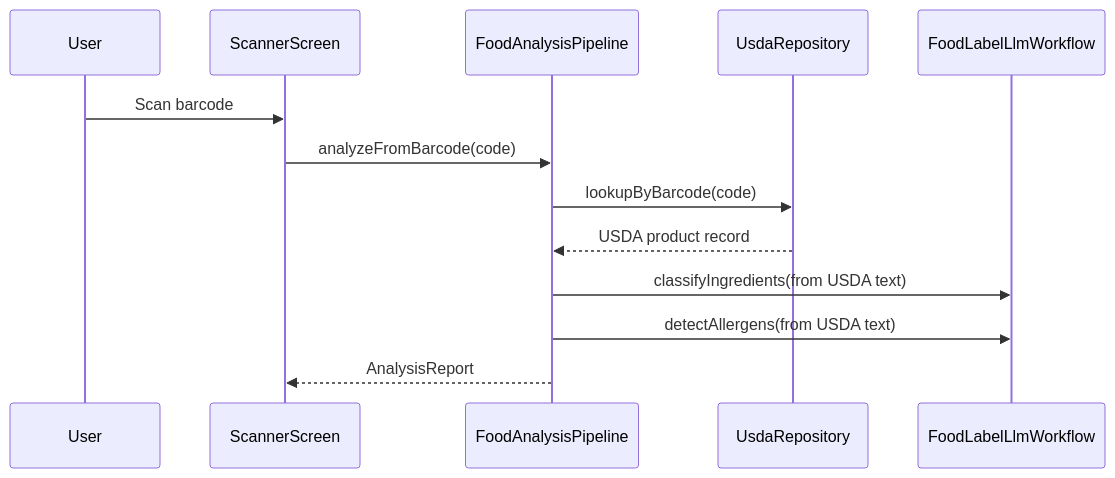
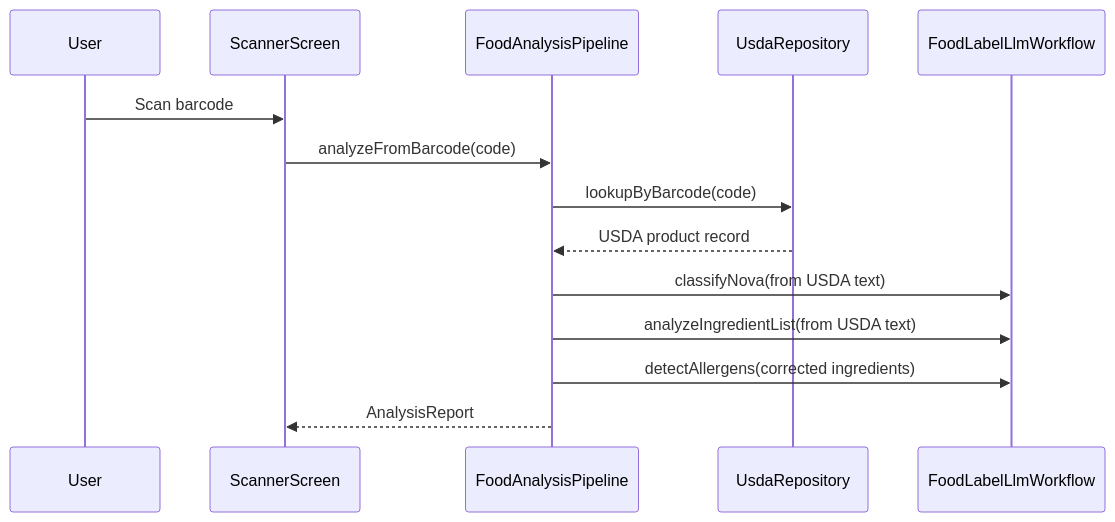
The fourth of 5 diagrams in documentation/01-architecture.md (benevolentbandwidth/ultraprocessed), drawn with Mermaid before and after one commit. The commit also changed other lines of this file and 19 other files, not shown here.

````diff
--- a/documentation/01-architecture.md
+++ b/documentation/01-architecture.md
@@ -71,16 +74,17 @@
 ```mermaid
 sequenceDiagram
     participant User
     participant Scanner as ScannerScreen
     participant Pipeline as FoodAnalysisPipeline
     participant USDA as UsdaRepository
     participant LLM as FoodLabelLlmWorkflow
 
     User->>Scanner: Scan barcode
     Scanner->>Pipeline: analyzeFromBarcode(code)
     Pipeline->>USDA: lookupByBarcode(code)
     USDA-->>Pipeline: USDA product record
-    Pipeline->>LLM: classifyIngredients(from USDA text)
-    Pipeline->>LLM: detectAllergens(from USDA text)
+    Pipeline->>LLM: classifyNova(from USDA text)
+    Pipeline->>LLM: analyzeIngredientList(from USDA text)
+    Pipeline->>LLM: detectAllergens(corrected ingredients)
     Pipeline-->>Scanner: AnalysisReport
 ```
````
